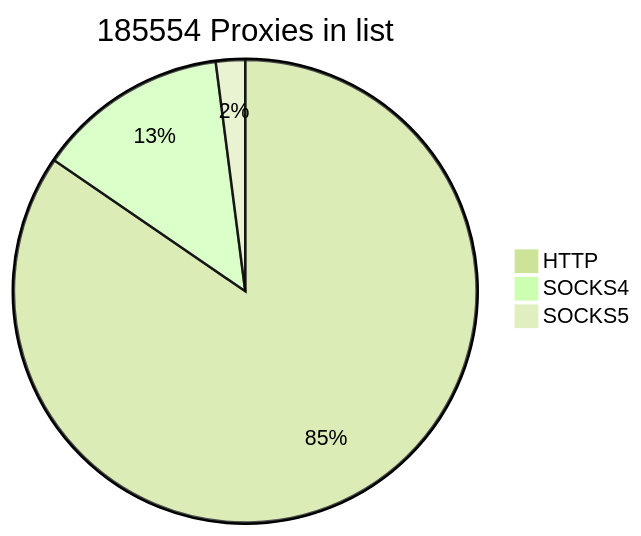
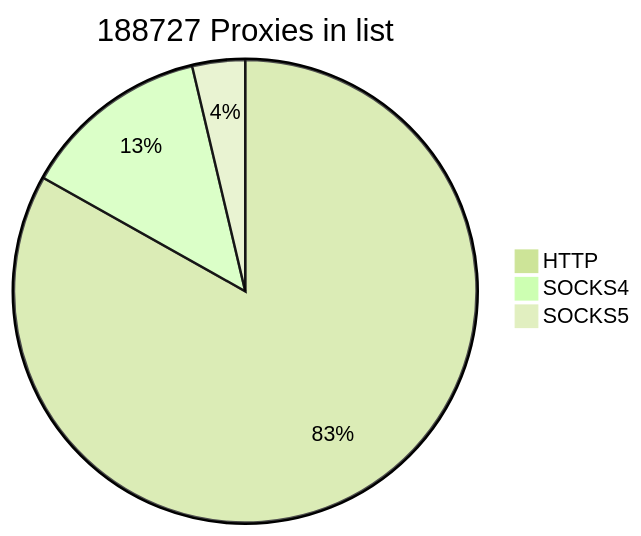
One commit to cutipu/proxylist changed the first of 2 diagrams in README.md. Above: the diagram before and after it, drawn with Mermaid (forest theme). The commit also changed other lines of this file, not shown here.

````diff
--- a/README.md
+++ b/README.md
@@ -2,7 +2,7 @@
 ```mermaid
-pie title 185554 Proxies in list
+pie title 188727 Proxies in list
     "HTTP" : 156915
-    "SOCKS4" : 24850
-    "SOCKS5" : 3789
+    "SOCKS4" : 24851
+    "SOCKS5" : 6961
             
 ```
````
